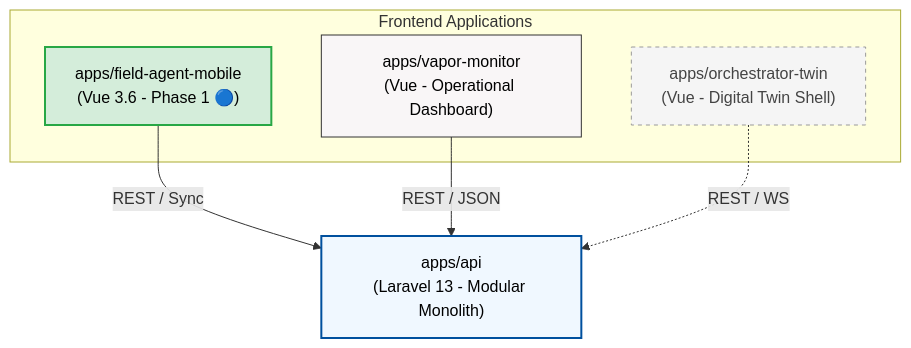
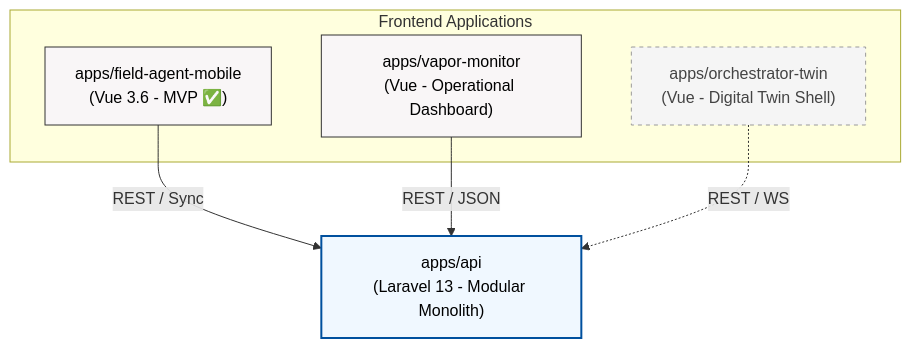
The first of 5 diagrams in README.md (h-builds/nexus-wms), drawn with Mermaid before and after one commit. The commit also changed other lines of this file and 32 other files, not shown here.

Commit message:
feat: bootstrap field-agent-mobile application and implement product lookup, movement execution, and incident reporting modules with opaque identifier support.

````diff
--- a/README.md
+++ b/README.md
@@ -61,19 +61,19 @@
 ```mermaid
 flowchart TD
     classDef backend fill:#f0f8ff,stroke:#00509E,stroke-width:2px,color:#000
     classDef currentFrontend fill:#f9f6f7,stroke:#333,stroke-width:1px,color:#000
     classDef activeFrontend fill:#d4edda,stroke:#28a745,stroke-width:2px,color:#000
     classDef futureFrontend fill:#f5f5f5,stroke:#999,stroke-width:1px,stroke-dasharray: 4 4,color:#444
 
     API["apps/api\n(Laravel 13 - Modular Monolith)"]:::backend
 
     subgraph Frontends ["Frontend Applications"]
-        Mobile["apps/field-agent-mobile\n(Vue 3.6 - Phase 1 🔵)"]:::activeFrontend
+        Mobile["apps/field-agent-mobile\n(Vue 3.6 - MVP ✅)"]:::currentFrontend
         Monitor["apps/vapor-monitor\n(Vue - Operational Dashboard)"]:::currentFrontend
         Twin["apps/orchestrator-twin\n(Vue - Digital Twin Shell)"]:::futureFrontend
     end
 
     Mobile -->|REST / Sync| API
     Monitor -->|REST / JSON| API
     Twin -.->|REST / WS| API
 ```
````
